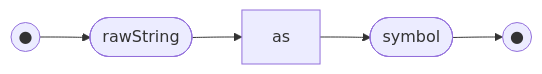
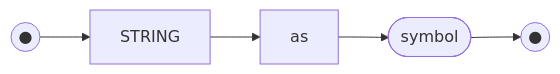
Diagram 32 of 59 in docs/railroad.md (billhails/CEKF), drawn with Mermaid before and after one commit. The commit also changed other lines of this file, not shown here.

````diff
--- a/docs/railroad.md
+++ b/docs/railroad.md
@@ -476,6 +511,6 @@
 ```mermaid
 flowchart LR
 s(("●"))
 e(("●"))
-s --> rawString([rawString]) --> as --> symbol([symbol]) --> e
+s --> STRING --> as --> symbol([symbol]) --> e
 ```
````
